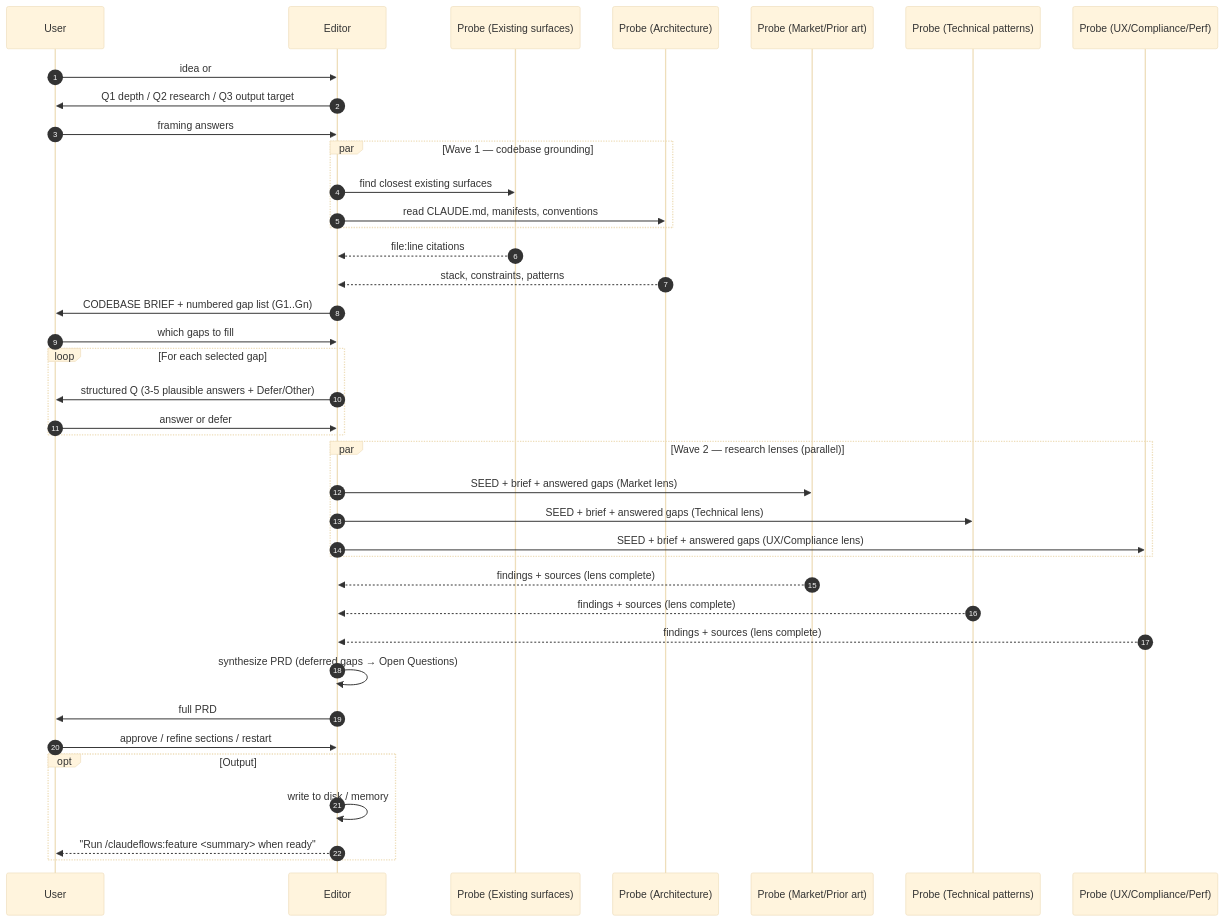
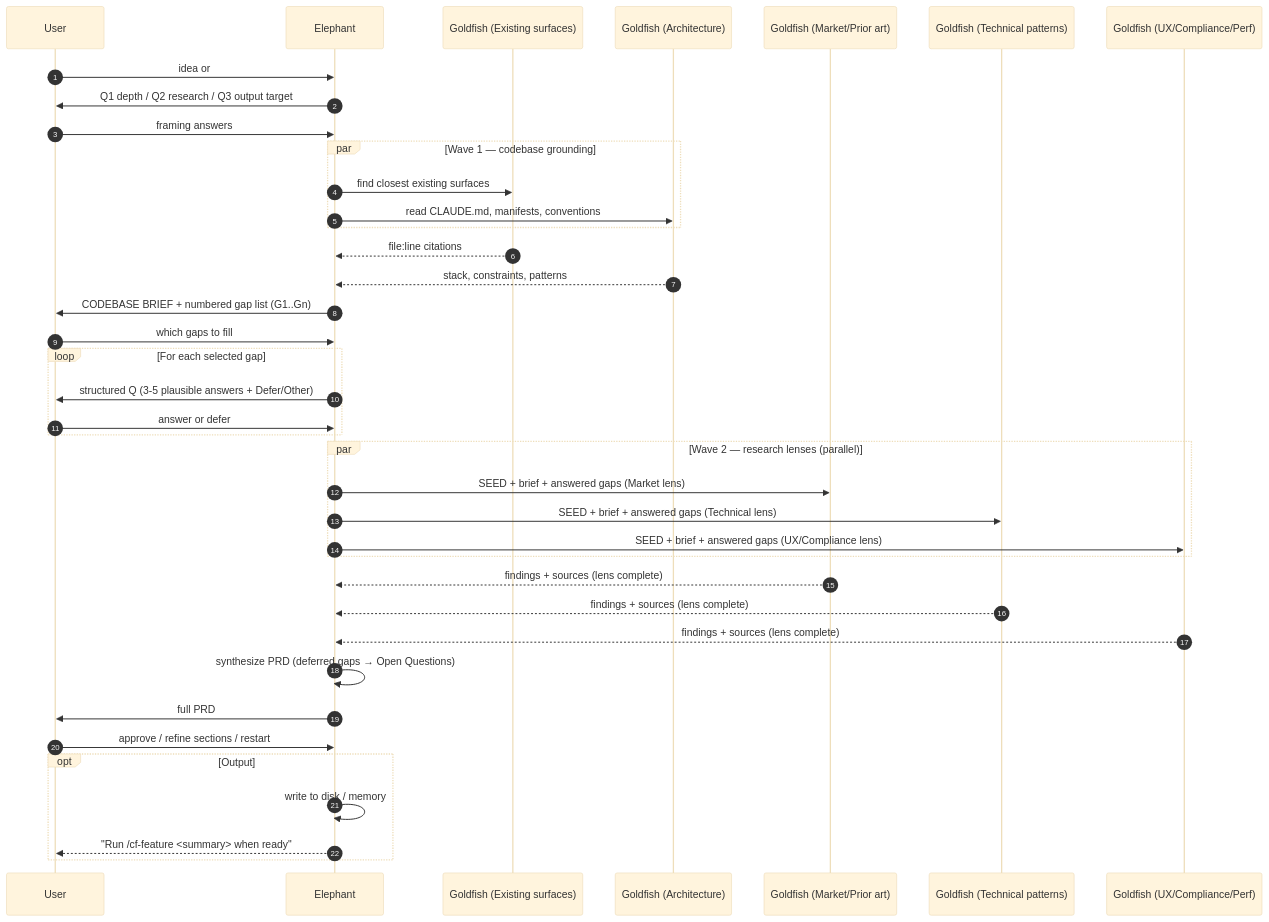
Before and after one commit to OmniPragmatic/claudeflows: the third of 6 diagrams in README.md, drawn with Mermaid (base theme). The commit also changed other lines of this file and 7 other files, not shown here.

First line of the commit message:
Refactor claudeflows plugin to adopt Elephant/Goldfish terminology across all skills and documentation

````diff
--- a/README.md
+++ b/README.md
@@ -139,46 +139,46 @@
 ```mermaid
 sequenceDiagram
     autonumber
     participant U as User
-    participant E as Editor
-    participant GA as Probe (Existing surfaces)
-    participant GB as Probe (Architecture)
-    participant R1 as Probe (Market/Prior art)
-    participant R2 as Probe (Technical patterns)
-    participant R3 as Probe (UX/Compliance/Perf)
+    participant E as Elephant
+    participant GA as Goldfish (Existing surfaces)
+    participant GB as Goldfish (Architecture)
+    participant R1 as Goldfish (Market/Prior art)
+    participant R2 as Goldfish (Technical patterns)
+    participant R3 as Goldfish (UX/Compliance/Perf)
 
     U->>E: idea or #issue
     E->>U: Q1 depth / Q2 research / Q3 output target
     U->>E: framing answers
 
     par Wave 1 — codebase grounding
         E->>GA: find closest existing surfaces
         E->>GB: read CLAUDE.md, manifests, conventions
     end
     GA-->>E: file:line citations
     GB-->>E: stack, constraints, patterns
     E->>U: CODEBASE BRIEF + numbered gap list (G1..Gn)
 
     U->>E: which gaps to fill
     loop For each selected gap
         E->>U: structured Q (3-5 plausible answers + Defer/Other)
         U->>E: answer or defer
     end
 
     par Wave 2 — research lenses (parallel)
         E->>R1: SEED + brief + answered gaps (Market lens)
         E->>R2: SEED + brief + answered gaps (Technical lens)
         E->>R3: SEED + brief + answered gaps (UX/Compliance lens)
     end
     R1-->>E: findings + sources (lens complete)
     R2-->>E: findings + sources (lens complete)
     R3-->>E: findings + sources (lens complete)
 
     E->>E: synthesize PRD (deferred gaps → Open Questions)
     E->>U: full PRD
     U->>E: approve / refine sections / restart
     opt Output
         E->>E: write to disk / memory
-        E-->>U: "Run /claudeflows:feature <summary> when ready"
+        E-->>U: "Run /cf-feature <summary> when ready"
     end
 ```
````
